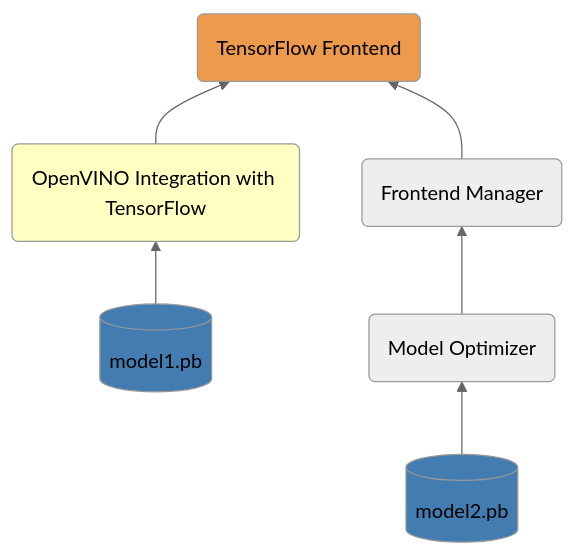
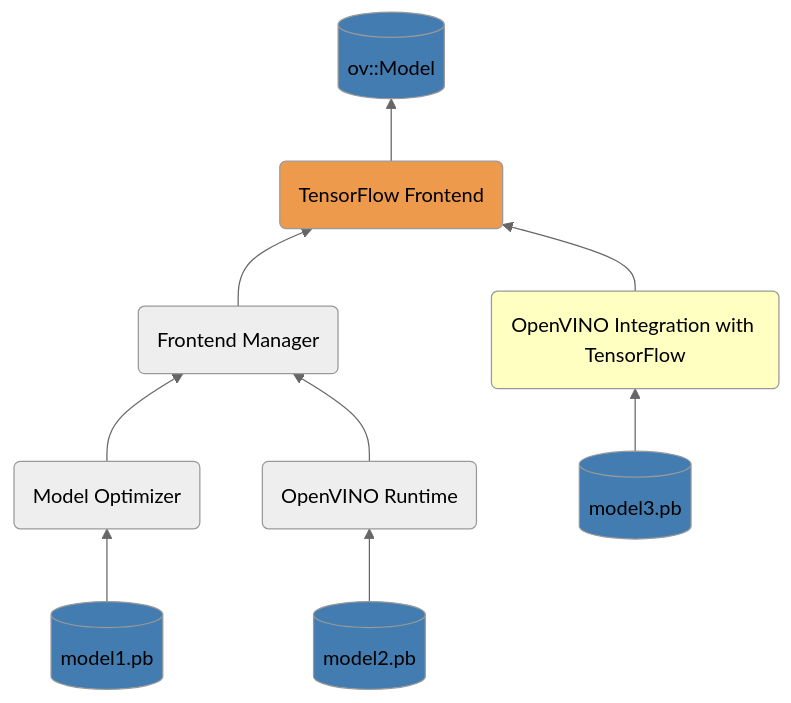
The first of 3 diagrams in src/frontends/tensorflow/README.md (openvinotoolkit/openvino), drawn with Mermaid (neutral theme) before and after one commit.

Commit message:
Correct the main diagram

````diff
--- a/src/frontends/tensorflow/README.md
+++ b/src/frontends/tensorflow/README.md
@@ -6,16 +6,23 @@
 ```mermaid
 flowchart BT
     model[(model1.pb)]
     style model fill:#427cb0
     model2[(model2.pb)]
     style model2 fill:#427cb0
+    model3[(model3.pb)]
+    style model3 fill:#427cb0
+    ov_model[(ov::Model)]
+    style ov_model fill:#427cb0
     ovtf(OpenVINO Integration with TensorFlow)
     style ovtf fill:#ffffc2
     tf_fe(TensorFlow Frontend)
     style tf_fe fill:#ee9a4d
     fem(Frontend Manager)
     mo(Model Optimizer)
-    model --> ovtf --> tf_fe
-    model2 --> mo --> fem --> tf_fe
+    ov_runtime(OpenVINO Runtime)
+    model --> mo --> fem --> tf_fe
+    model2 --> ov_runtime --> fem
+    model3 --> ovtf --> tf_fe
+    tf_fe --> ov_model
     click ovtf "https://github.com/openvinotoolkit/openvino_tensorflow"
 ```
````
